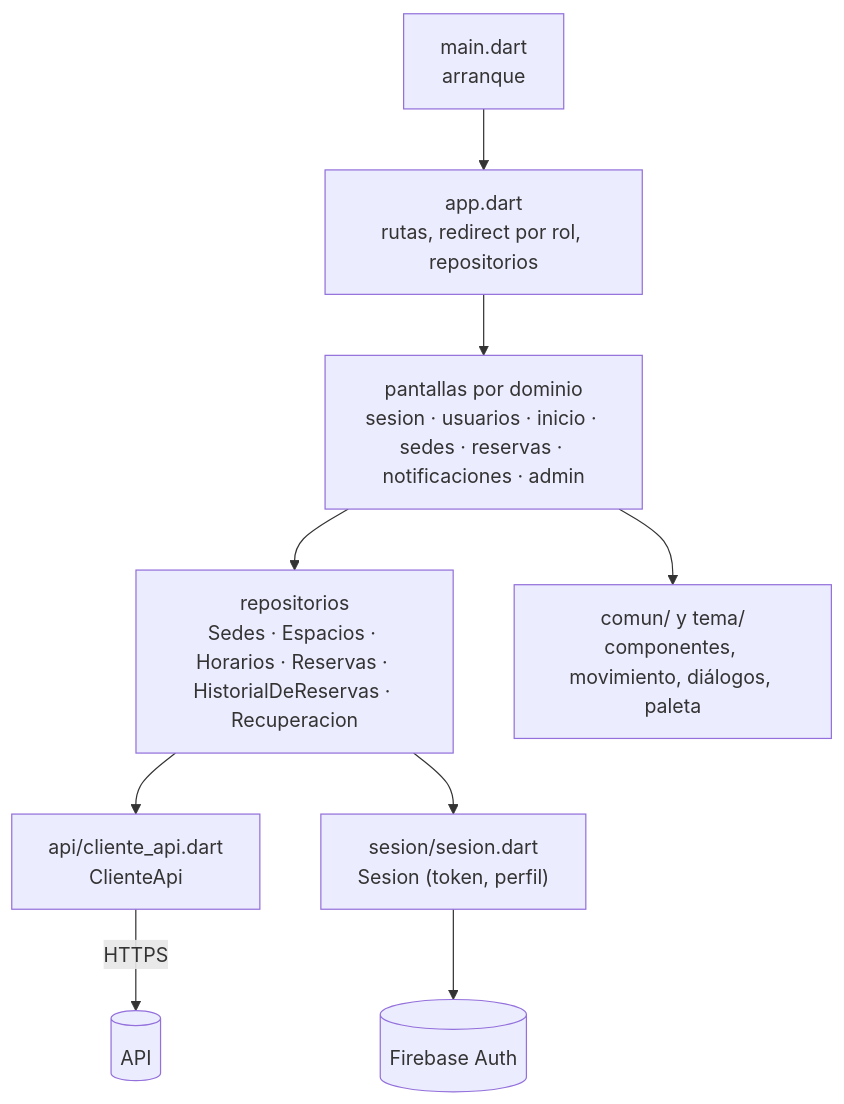
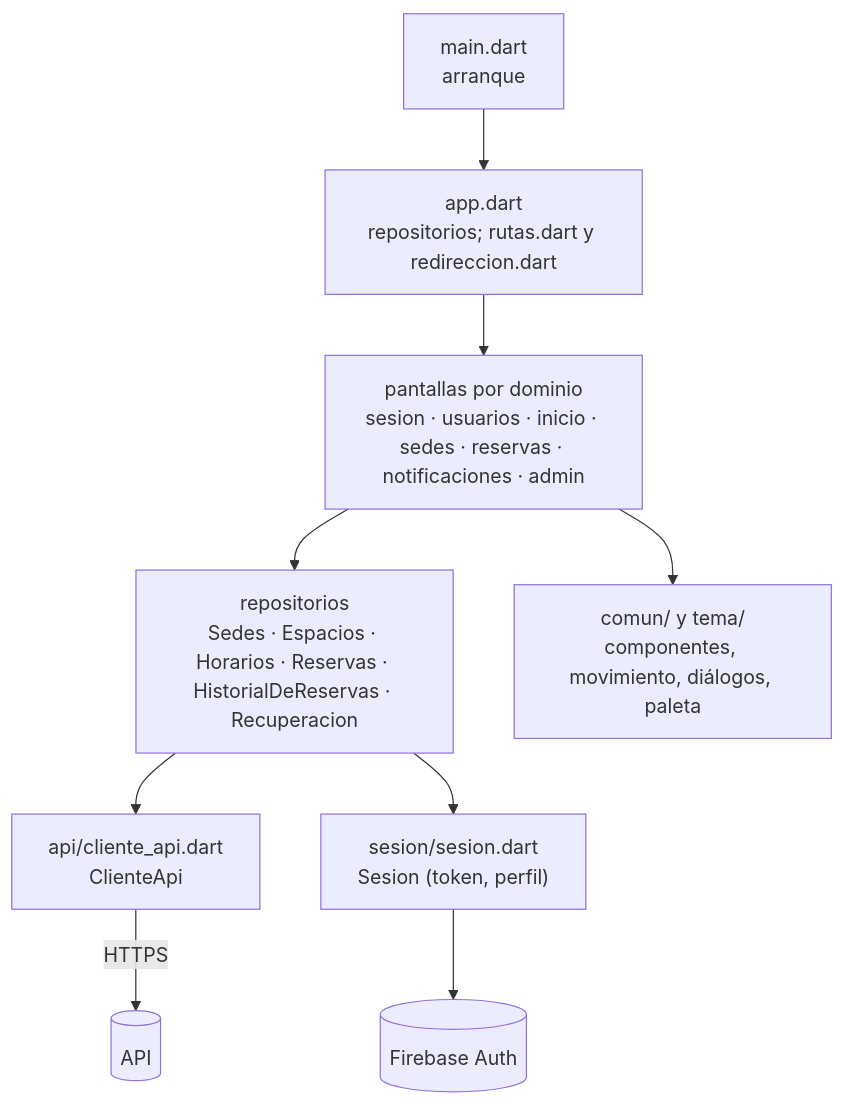
The sixth of 7 diagrams in docs/technical/arquitectura.md (NahuelMosse/ClubNahuelMosse), drawn with Mermaid before and after one commit. The commit also changed other lines of this file and 4 other files, not shown here.

Commit message:
SIM-04: la documentación y su test leen las rutas en rutas.dart

````diff
--- a/docs/technical/arquitectura.md
+++ b/docs/technical/arquitectura.md
@@ -209,11 +209,11 @@
 ```mermaid
 flowchart TB
-  main["main.dart<br/>arranque"] --> app["app.dart<br/>rutas, redirect por rol, repositorios"]
+  main["main.dart<br/>arranque"] --> app["app.dart<br/>repositorios; rutas.dart y redireccion.dart"]
   app --> pantallas["pantallas por dominio<br/>sesion · usuarios · inicio · sedes · reservas · notificaciones · admin"]
   pantallas --> repos["repositorios<br/>Sedes · Espacios · Horarios · Reservas · HistorialDeReservas · Recuperacion"]
   pantallas --> comun["comun/ y tema/<br/>componentes, movimiento, diálogos, paleta"]
   repos --> cliente["api/cliente_api.dart<br/>ClienteApi"]
   repos --> sesion["sesion/sesion.dart<br/>Sesion (token, perfil)"]
   cliente -->|HTTPS| API[(API)]
   sesion --> FB[(Firebase Auth)]
 ```
````
